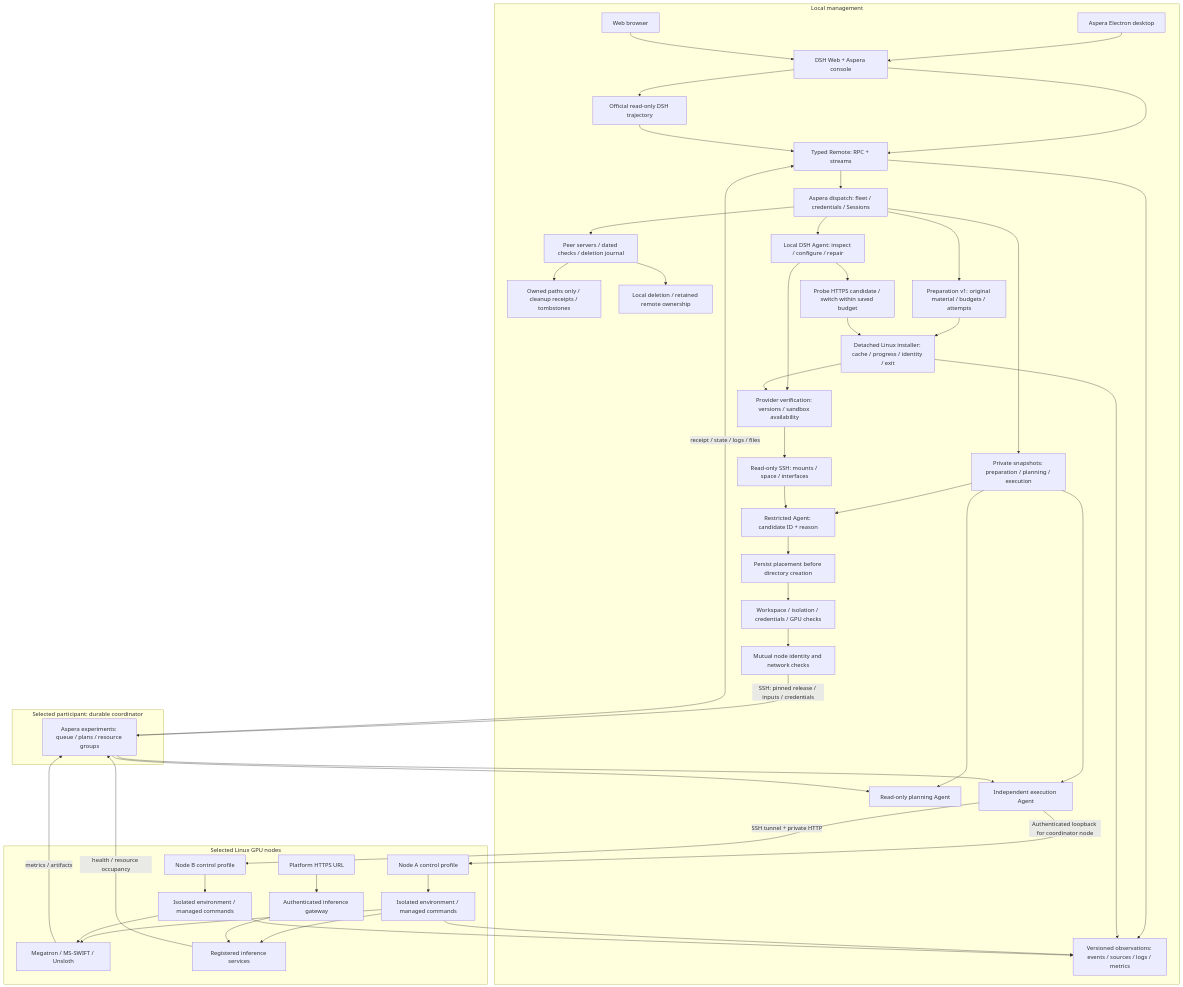
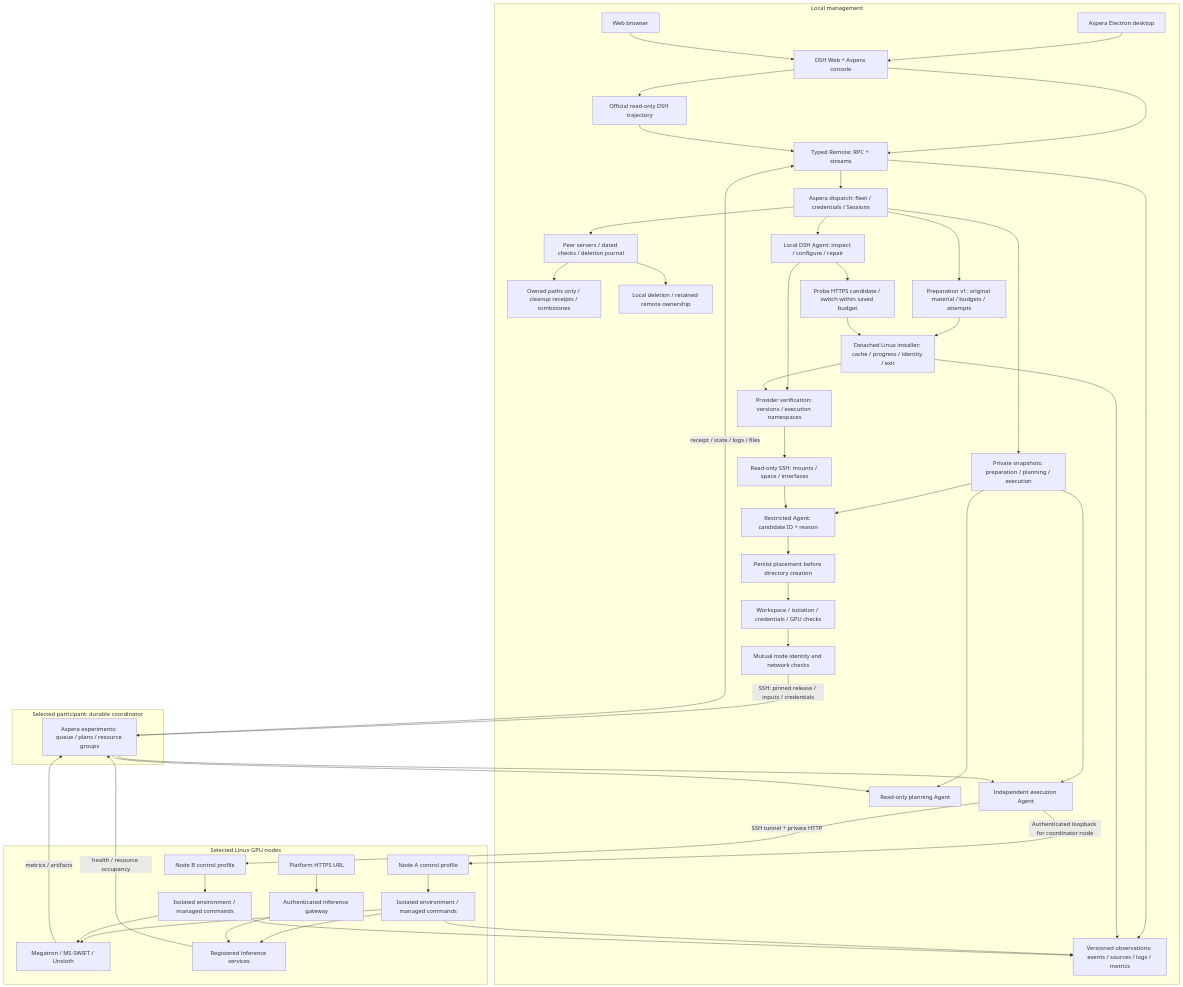
The first of 2 diagrams in extensions/aspera/docs/architecture.md (m4an5you6/aspera-agent), drawn with Mermaid before and after one commit. The commit also changed other lines of this file and 65 other files, not shown here.

````diff
--- a/extensions/aspera/docs/architecture.md
+++ b/extensions/aspera/docs/architecture.md
@@ -42,56 +46,56 @@
 ```mermaid
 flowchart TB
   subgraph Local[Local management]
     Desktop[Aspera Electron desktop] --> Page[DSH Web + Aspera console]
     Browser[Web browser] --> Page
     Page --> Remote[Typed Remote: RPC + streams]
     Remote --> Fleet[Aspera dispatch: fleet / credentials / Sessions]
     Page --> Trace[Official read-only DSH trajectory]
     Trace --> Remote
     Remote --> Observations[Versioned observations: events / sources / logs / metrics]
     Fleet --> Management[Peer servers / dated checks / deletion journal]
     Management --> Cleanup[Owned paths only / cleanup receipts / tombstones]
     Management --> Removal[Local deletion / retained remote ownership]
     Fleet --> Models[Private snapshots: preparation / planning / execution]
     Models --> Selection
     Models --> Planner
     Models --> Executor
     Fleet --> Preparation[Local DSH Agent: inspect / configure / repair]
-    Preparation --> Checks[Provider verification: versions / sandbox availability]
+    Preparation --> Checks[Provider verification: versions / execution namespaces]
     Checks --> Inventory[Read-only SSH: mounts / space / interfaces]
     Inventory --> Selection[Restricted Agent: candidate ID + reason]
     Selection --> Placement[Persist placement before directory creation]
     Placement --> Acceptance[Workspace / isolation / credentials / GPU checks]
     Fleet --> InstallationJournal[Preparation v1: original material / budgets / attempts]
     InstallationJournal --> Installer[Detached Linux installer: cache / progress / identity / exit]
     Preparation --> Sources[Probe HTTPS candidate / switch within saved budget]
     Sources --> Installer
     Installer --> Checks
     Installer --> Observations
     Acceptance --> Network[Mutual node identity and network checks]
   end
   subgraph Coordinator[Selected participant: durable coordinator]
     Queue[Aspera experiments: queue / plans / resource groups]
     Planner[Read-only planning Agent]
     Executor[Independent execution Agent]
     Queue --> Planner
     Queue --> Executor
   end
   Network -- SSH: pinned release / inputs / credentials --> Queue
   Queue -- receipt / state / logs / files --> Remote
   subgraph Nodes[Selected Linux GPU nodes]
     NodeA[Node A control profile] --> RunA[Isolated environment / managed commands]
     NodeB[Node B control profile] --> RunB[Isolated environment / managed commands]
     RunA --> Frameworks[Megatron / MS-SWIFT / Unsloth]
     RunB --> Frameworks
     RunA --> Service[Registered inference services]
     External[Platform HTTPS URL] --> Gateway[Authenticated inference gateway]
     Gateway --> Service
   end
   Executor -- Authenticated loopback for coordinator node --> NodeA
   Executor -- SSH tunnel + private HTTP --> NodeB
   RunA --> Observations
   RunB --> Observations
   Frameworks -- metrics / artifacts --> Queue
   Service -- health / resource occupancy --> Queue
 ```
````
